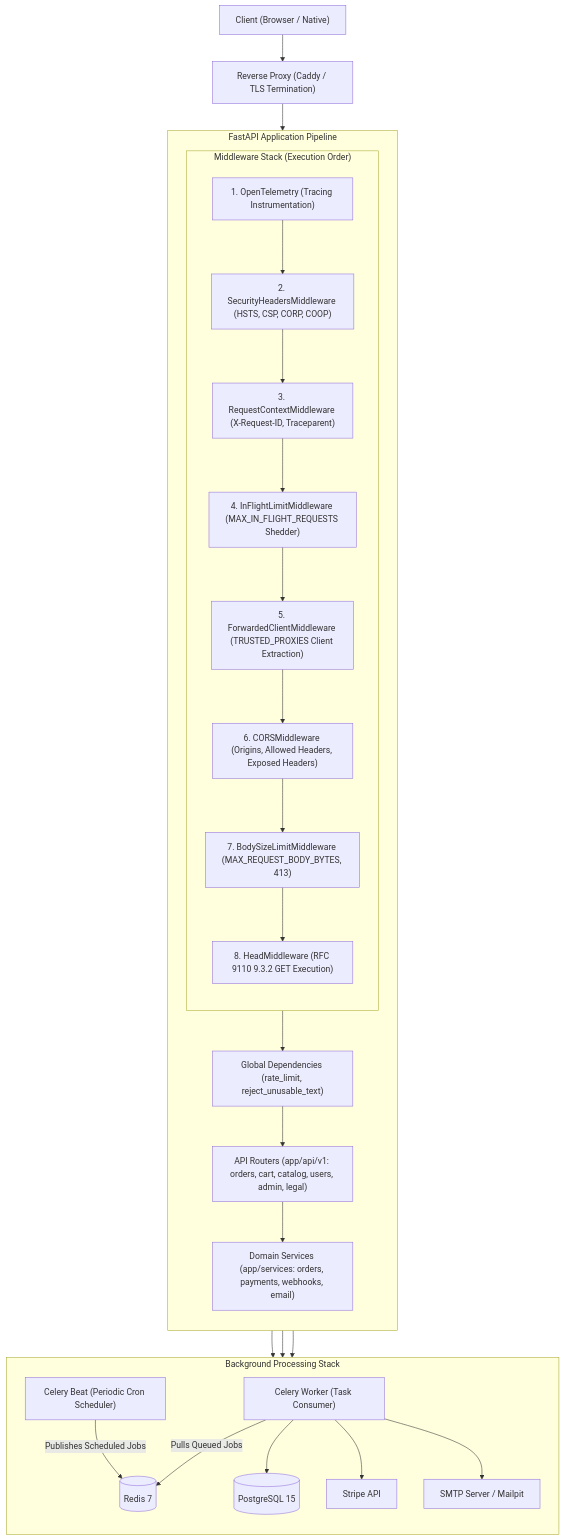
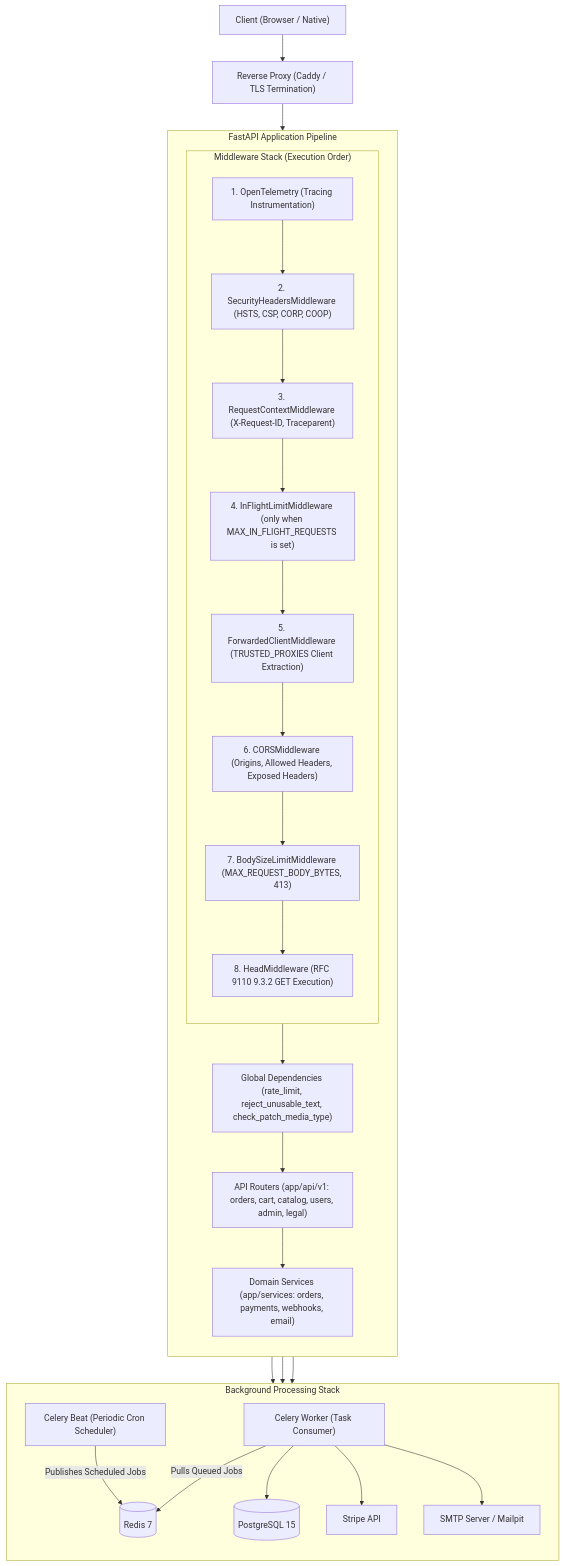
Before and after one commit to nadeko0/fastapi_e-commerce_backend: the first of 4 diagrams in docs/ARCHITECTURE.md, drawn with Mermaid. The commit also changed other lines of this file and 11 other files, not shown here.

````diff
--- a/docs/ARCHITECTURE.md
+++ b/docs/ARCHITECTURE.md
@@ -13,36 +13,36 @@
 ```mermaid
 flowchart TD
     Client["Client (Browser / Native)"] --> Proxy["Reverse Proxy (Caddy / TLS Termination)"]
     Proxy --> M1
 
     subgraph ASGI ["FastAPI Application Pipeline"]
         direction TB
         subgraph Middlewares ["Middleware Stack (Execution Order)"]
             direction TB
             M1["1. OpenTelemetry (Tracing Instrumentation)"]
             --> M2["2. SecurityHeadersMiddleware (HSTS, CSP, CORP, COOP)"]
             --> M3["3. RequestContextMiddleware (X-Request-ID, Traceparent)"]
-            --> M4["4. InFlightLimitMiddleware (MAX_IN_FLIGHT_REQUESTS Shedder)"]
+            --> M4["4. InFlightLimitMiddleware (only when MAX_IN_FLIGHT_REQUESTS is set)"]
             --> M5["5. ForwardedClientMiddleware (TRUSTED_PROXIES Client Extraction)"]
             --> M6["6. CORSMiddleware (Origins, Allowed Headers, Exposed Headers)"]
             --> M7["7. BodySizeLimitMiddleware (MAX_REQUEST_BODY_BYTES, 413)"]
             --> M8["8. HeadMiddleware (RFC 9110 9.3.2 GET Execution)"]
         end
-        Middlewares --> Dependencies["Global Dependencies (rate_limit, reject_unusable_text)"]
+        Middlewares --> Dependencies["Global Dependencies (rate_limit, reject_unusable_text, check_patch_media_type)"]
         Dependencies --> Routers["API Routers (app/api/v1: orders, cart, catalog, users, admin, legal)"]
         Routers --> Services["Domain Services (app/services: orders, payments, webhooks, email)"]
     end
 
     Services --> DB[(PostgreSQL 15)]
     Services --> Cache[(Redis 7)]
     Services --> StripeExt[Stripe API]
 
     subgraph AsyncWorkers ["Background Processing Stack"]
         direction TB
         Beat["Celery Beat (Periodic Cron Scheduler)"] -->|Publishes Scheduled Jobs| Cache
         Worker["Celery Worker (Task Consumer)"] -->|Pulls Queued Jobs| Cache
         Worker --> DB
         Worker --> StripeExt
         Worker --> SMTPExt[SMTP Server / Mailpit]
     end
 ```
````
